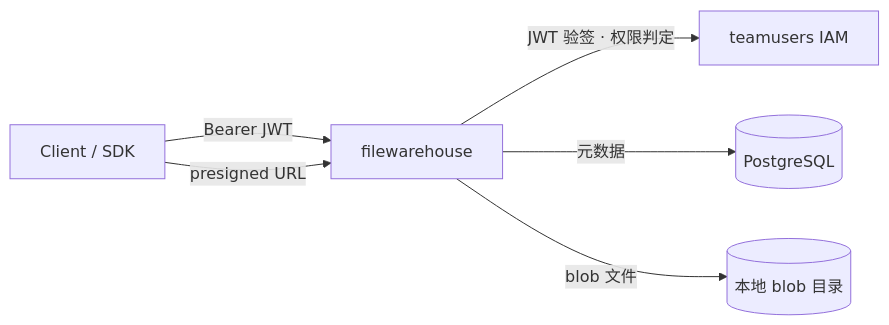
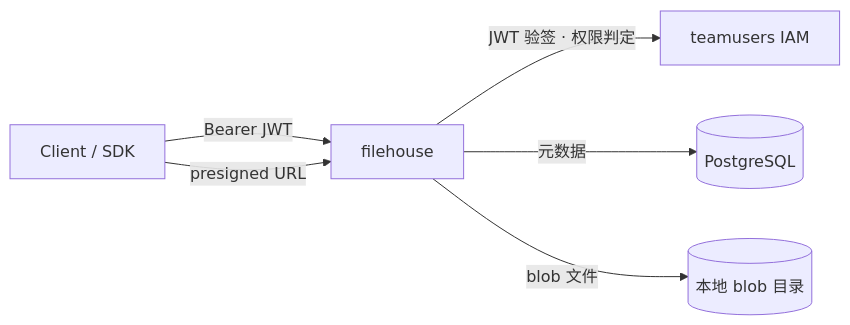
The diagram in README.md (crazy4chicken/nsc-filehouse), drawn with Mermaid before and after one commit. The commit also changed other lines of this file and 31 other files, not shown here.

First line of the commit message:
refactor(filehouse)!: rename the service from filewarehouse to filehouse

````diff
--- a/README.md
+++ b/README.md
@@ -9,8 +9,8 @@
 ```mermaid
 flowchart LR
-    C[Client / SDK] -->|Bearer JWT| F[filewarehouse]
+    C[Client / SDK] -->|Bearer JWT| F[filehouse]
     C -->|presigned URL| F
     F -->|JWT 验签 · 权限判定| T[teamusers IAM]
     F -->|元数据| P[(PostgreSQL)]
     F -->|blob 文件| B[(本地 blob 目录)]
 ```
````
